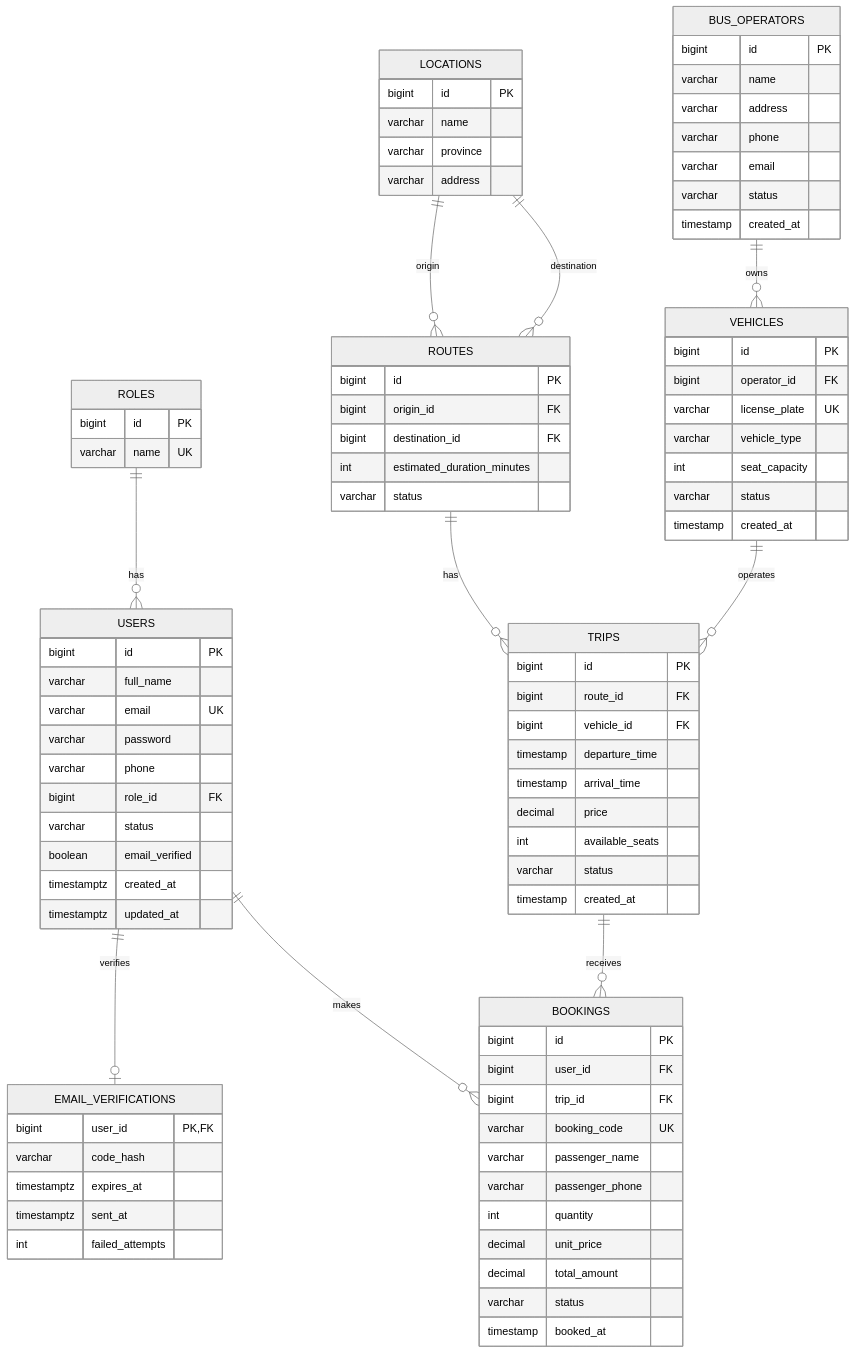
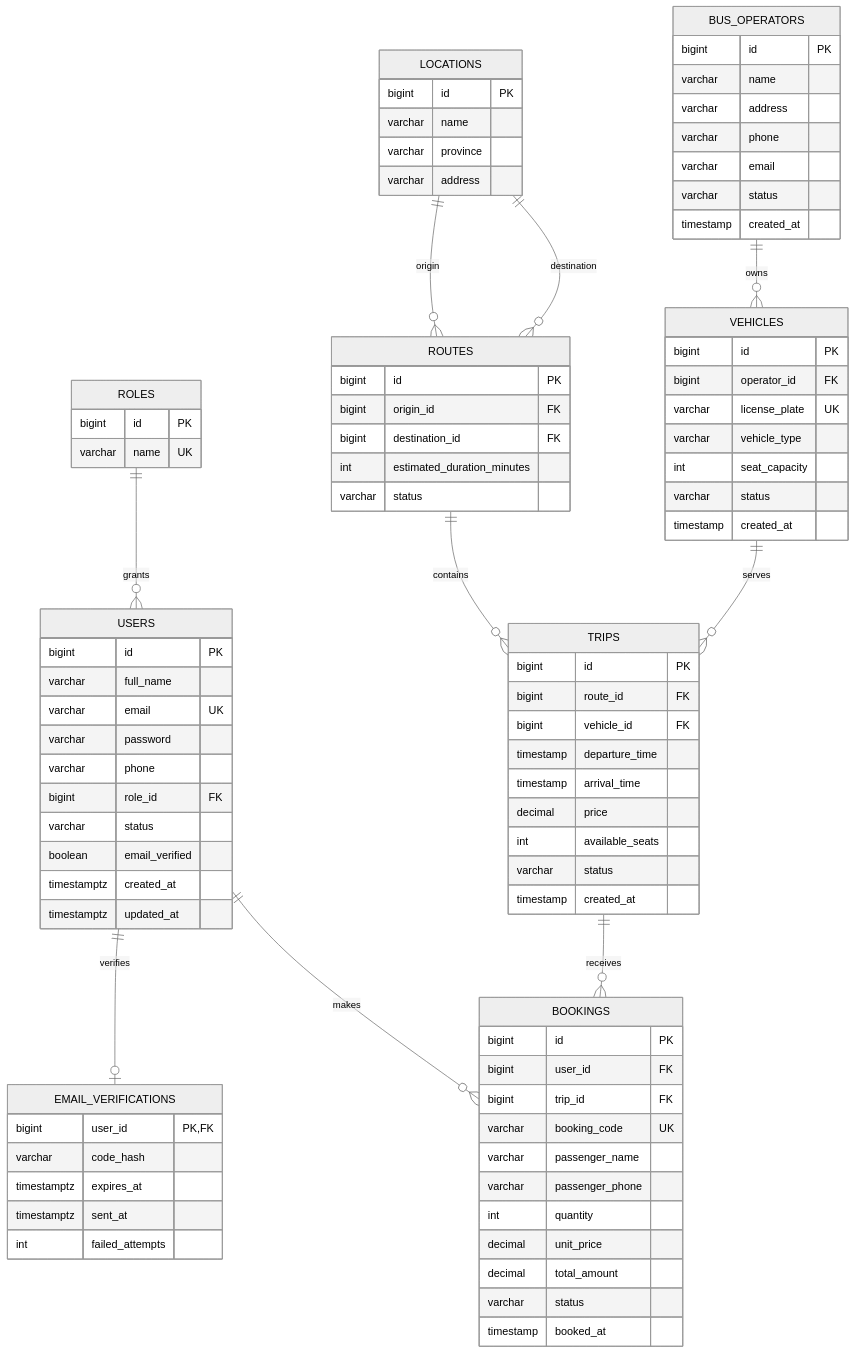
One commit to BuiHuy16/Bus-booking-system changed the diagram in docs/02-database-design.md. Above: the diagram before and after it, drawn with Mermaid (neutral theme). The commit also changed other lines of this file and 10 other files, not shown here.

````diff
--- a/docs/02-database-design.md
+++ b/docs/02-database-design.md
@@ -29,5 +25,15 @@
 ```mermaid
 erDiagram
+    ROLES ||--o{ USERS : grants
+    USERS ||--o| EMAIL_VERIFICATIONS : verifies
+    BUS_OPERATORS ||--o{ VEHICLES : owns
+    LOCATIONS ||--o{ ROUTES : origin
+    LOCATIONS ||--o{ ROUTES : destination
+    ROUTES ||--o{ TRIPS : contains
+    VEHICLES ||--o{ TRIPS : serves
+    USERS ||--o{ BOOKINGS : makes
+    TRIPS ||--o{ BOOKINGS : receives
+
     ROLES {
         bigint id PK
         varchar name UK
@@ -51,7 +57,6 @@
         timestamptz sent_at
         int failed_attempts
     }
-    USERS ||--o| EMAIL_VERIFICATIONS : verifies
     BUS_OPERATORS {
         bigint id PK
         varchar name
@@ -107,12 +112,4 @@
         varchar status
         timestamp booked_at
     }
-    ROLES ||--o{ USERS : has
-    BUS_OPERATORS ||--o{ VEHICLES : owns
-    LOCATIONS ||--o{ ROUTES : origin
-    LOCATIONS ||--o{ ROUTES : destination
-    ROUTES ||--o{ TRIPS : has
-    VEHICLES ||--o{ TRIPS : operates
-    USERS ||--o{ BOOKINGS : makes
-    TRIPS ||--o{ BOOKINGS : receives
 ```
````
